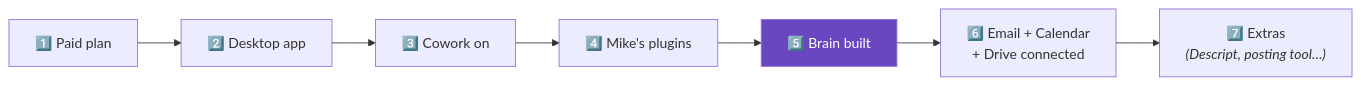
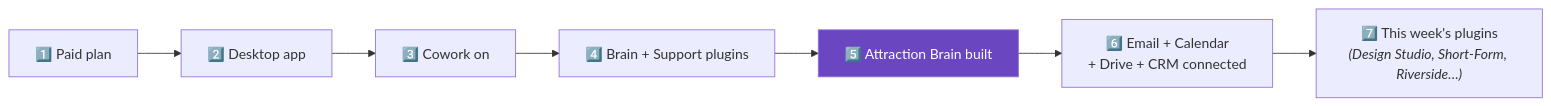
One commit to teamsherrard/claude-agent-attraction-os changed the third of 6 diagrams in plugins/maa-claude-support/shared/visual-aids.md. Above: the diagram before and after it, drawn with Mermaid. The commit also changed other lines of this file and 188 other files, not shown here.

Commit message:
plugins 3+5: fork realtor short-form and YouTube systems into attraction-shortform-system (sf-*) and attraction-youtube-system (yt-*); folds kept as seed references; manifests + marketplace

````diff
--- a/plugins/maa-claude-support/shared/visual-aids.md
+++ b/plugins/maa-claude-support/shared/visual-aids.md
@@ -47,7 +47,7 @@
 ```mermaid
 flowchart LR
     P["1️⃣ Paid plan"] --> APP["2️⃣ Desktop app"] --> CW["3️⃣ Cowork on"]
-    CW --> PL["4️⃣ Mike's plugins"] --> BR["5️⃣ Brain built"]
-    BR --> CN["6️⃣ Email + Calendar<br/>+ Drive connected"] --> OPT["7️⃣ Extras<br/><i>(Descript, posting tool…)</i>"]
+    CW --> PL["4️⃣ Brain + Support plugins"] --> BR["5️⃣ Attraction Brain built"]
+    BR --> CN["6️⃣ Email + Calendar<br/>+ Drive + CRM connected"] --> OPT["7️⃣ This week's plugins<br/><i>(Design Studio, Short-Form, Riverside…)</i>"]
     style BR fill:#6b46c1,color:#fff
 ```
````
